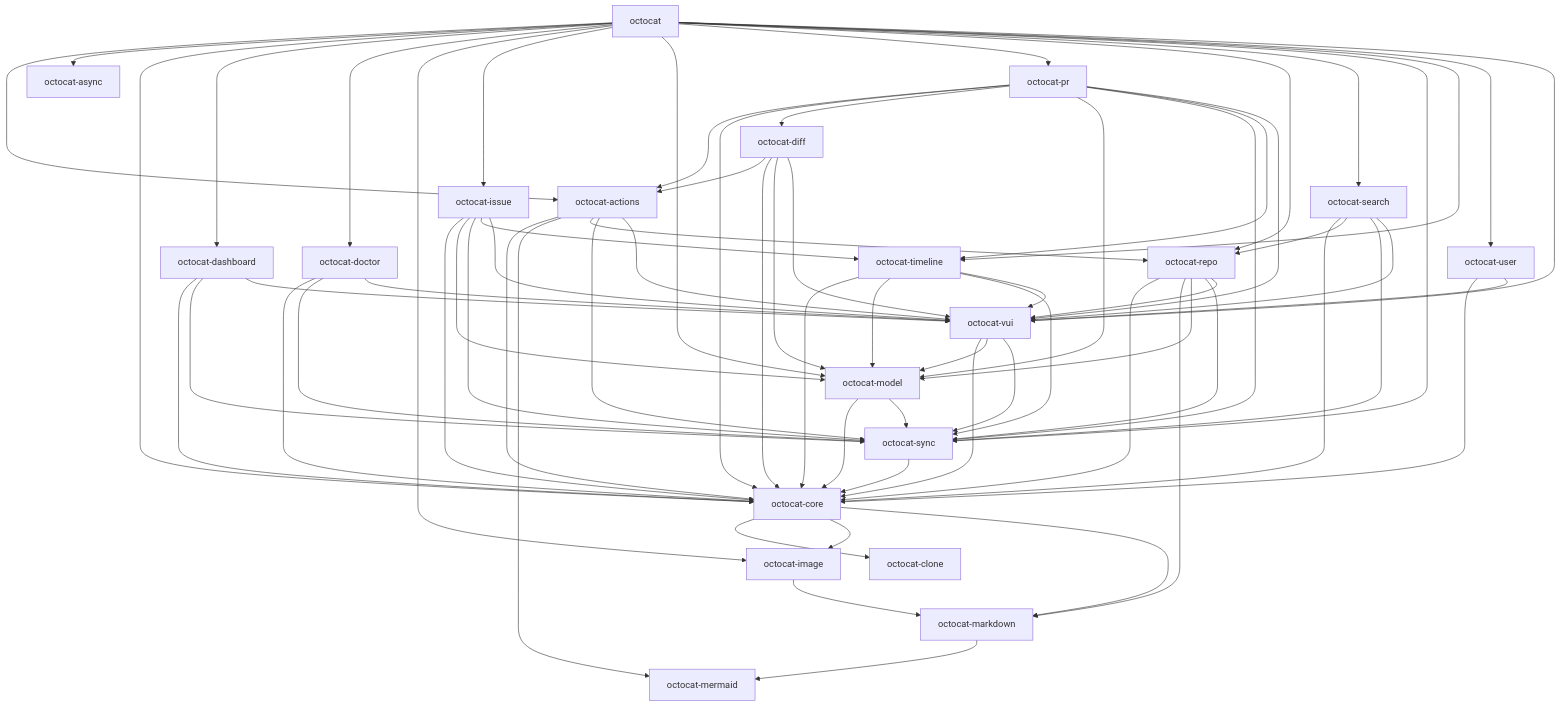
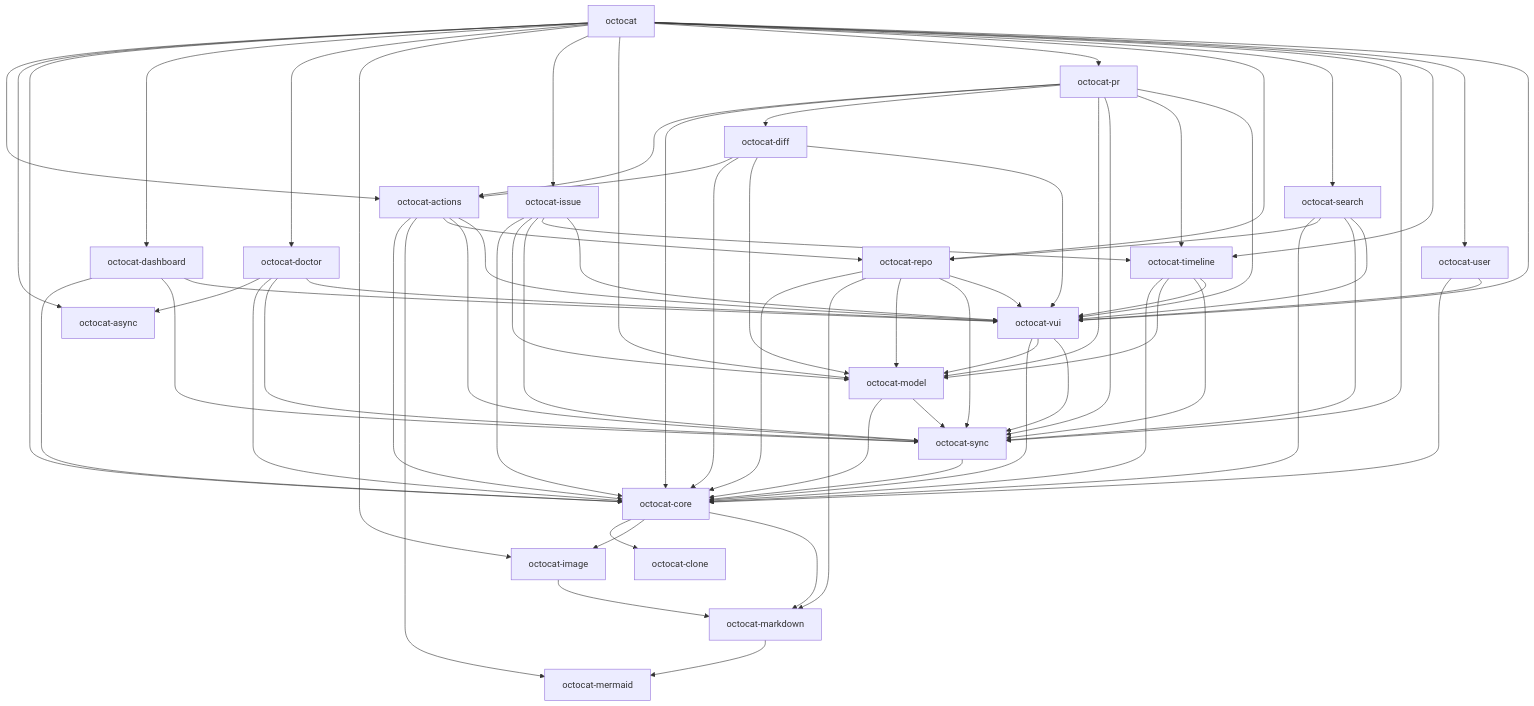
Before and after one commit to razzmatazz/octocat.el: the first of 2 diagrams in docs/architecture.md, drawn with Mermaid. The commit also changed other lines of this file and 5 other files, not shown here.

First line of the commit message:
Show the worker Emacs and its jobs in octocat-doctor

```diff
--- a/docs/architecture.md
+++ b/docs/architecture.md
@@ -117,6 +117,7 @@
   octocat_diff --> octocat_core
   octocat_diff --> octocat_model
   octocat_diff --> octocat_vui
+  octocat_doctor --> octocat_async
   octocat_doctor --> octocat_core
   octocat_doctor --> octocat_sync
   octocat_doctor --> octocat_vui
```
